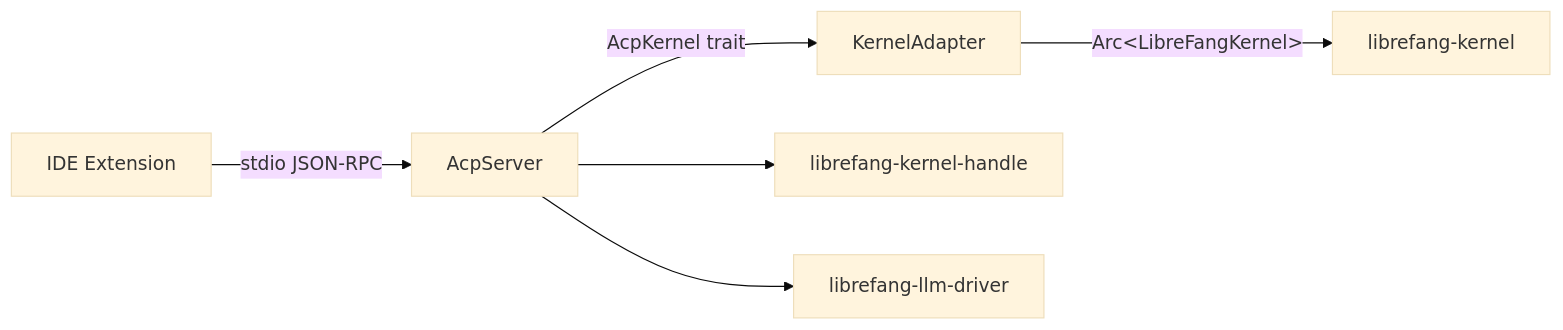
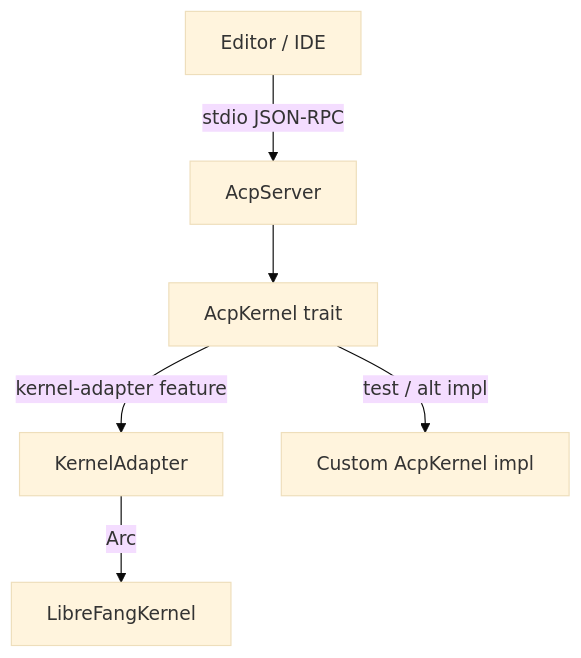
The diagram in other-librefang-acp.md (leszek3737/librefang-WIki), drawn with Mermaid (base theme) before and after one commit. The commit also changed other lines of this file and 119 other files, not shown here.

````diff
--- a/other-librefang-acp.md
+++ b/other-librefang-acp.md
@@ -13,8 +13,8 @@
 ```mermaid
-graph LR
-    IDE[IDE Extension] -->|stdio JSON-RPC| ACP[AcpServer]
-    ACP -->|AcpKernel trait| KA[KernelAdapter]
-    KA -->|Arc&lt;LibreFangKernel&gt;| Kernel[librefang-kernel]
-    ACP --> HD[librefang-kernel-handle]
-    ACP --> LLMD[librefang-llm-driver]
+graph TD
+    Editor[Editor / IDE] -->|stdio JSON-RPC| ACP[AcpServer]
+    ACP --> AK[AcpKernel trait]
+    AK -->|kernel-adapter feature| KA[KernelAdapter]
+    KA -->|Arc| LFK[LibreFangKernel]
+    AK -->|test / alt impl| Custom[Custom AcpKernel impl]
 ```
````
